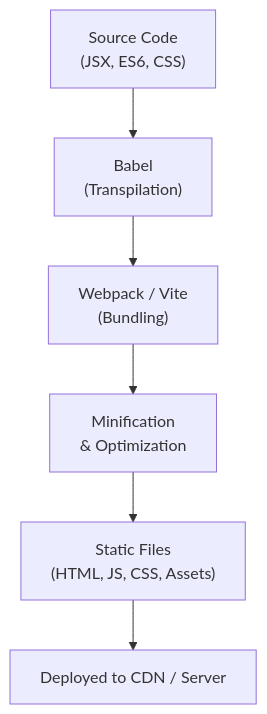
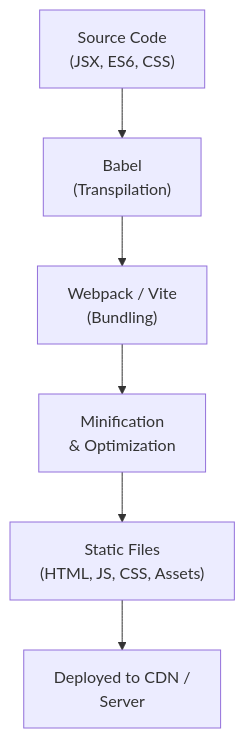
Before and after one commit to amitdevx/TY: the third of 4 diagrams in 02-Semester-VI/CS-353-MJ-T-Web-Technology-II/Unit-5.md, drawn with Mermaid. The commit also changed other lines of this file and 65 other files, not shown here.

Commit message:
fix:graph vertical

````diff
--- a/02-Semester-VI/CS-353-MJ-T-Web-Technology-II/Unit-5.md
+++ b/02-Semester-VI/CS-353-MJ-T-Web-Technology-II/Unit-5.md
@@ -854,8 +854,8 @@
 ```mermaid
 graph TD
     A["Source Code<br/>(JSX, ES6, CSS)"] --> B["Babel<br/>(Transpilation)"]
     B --> C["Webpack / Vite<br/>(Bundling)"]
     C --> D["Minification<br/>& Optimization"]
     D --> E["Static Files<br/>(HTML, JS, CSS, Assets)"]
-    E --> F[Deployed to CDN / Server]
+    E --> F[Deployed to CDN /<br/>Server]
 ```
````
